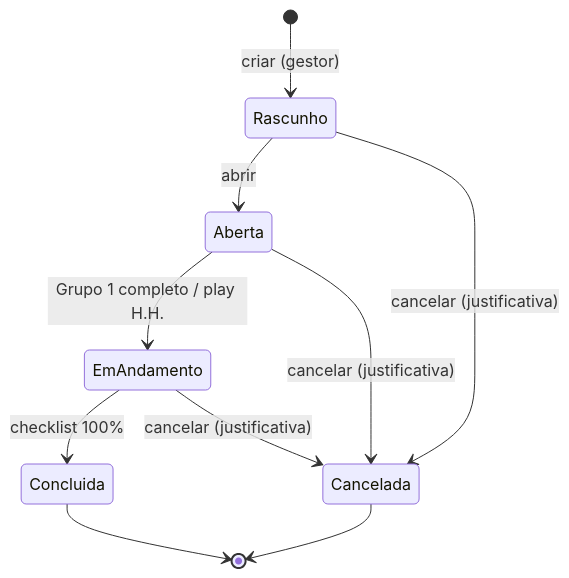
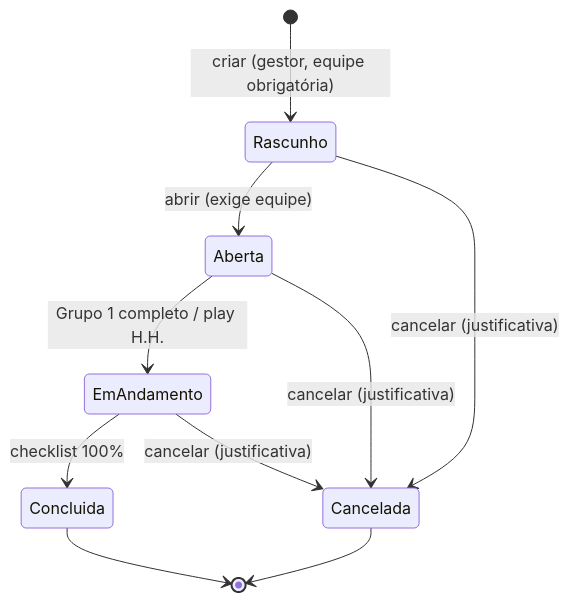
The second of 4 diagrams in docs/DIAGRAMA_OS.md (Edenir-Munaretto/App_Munaretto), drawn with Mermaid before and after one commit. The commit also changed other lines of this file and 5 other files, not shown here.

Commit message:
exige equipe no cadastro e envio da O.S

````diff
--- a/docs/DIAGRAMA_OS.md
+++ b/docs/DIAGRAMA_OS.md
@@ -58,12 +58,12 @@
 ```mermaid
 stateDiagram-v2
-    [*] --> Rascunho: criar (gestor)
-    Rascunho --> Aberta: abrir
+    [*] --> Rascunho: criar (gestor, equipe obrigatória)
+    Rascunho --> Aberta: abrir (exige equipe)
     Rascunho --> Cancelada: cancelar (justificativa)
     Aberta --> EmAndamento: Grupo 1 completo / play H.H.
     Aberta --> Cancelada: cancelar (justificativa)
     EmAndamento --> Concluida: checklist 100%
     EmAndamento --> Cancelada: cancelar (justificativa)
     Concluida --> [*]
     Cancelada --> [*]
 ```
````
